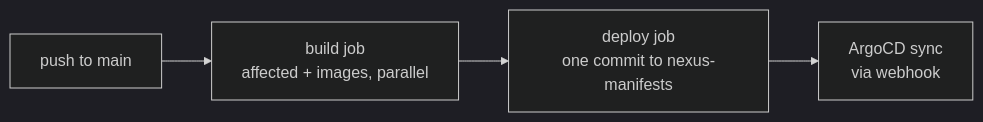
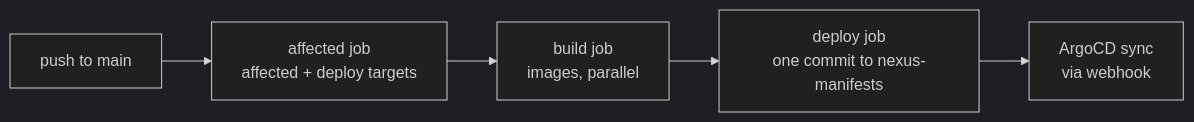
Before and after one commit to kbntx-org/nexus: the diagram in docs/src/platform/delivery/03-gitops-deploys.md, drawn with Mermaid. The commit also changed other lines of this file and 15 other files, not shown here.

````diff
--- a/docs/src/platform/delivery/03-gitops-deploys.md
+++ b/docs/src/platform/delivery/03-gitops-deploys.md
@@ -27,7 +28,8 @@
 ```mermaid
 %%{init: {'theme':'dark'}}%%
 graph LR
-    Push[push to main] --> Build[build job<br/>affected + images, parallel]
+    Push[push to main] --> Affected[affected job<br/>affected + deploy targets]
+    Affected --> Build[build job<br/>images, parallel]
     Build --> Deploy[deploy job<br/>one commit to nexus-manifests]
     Deploy --> Sync[ArgoCD sync<br/>via webhook]
 ```
````
